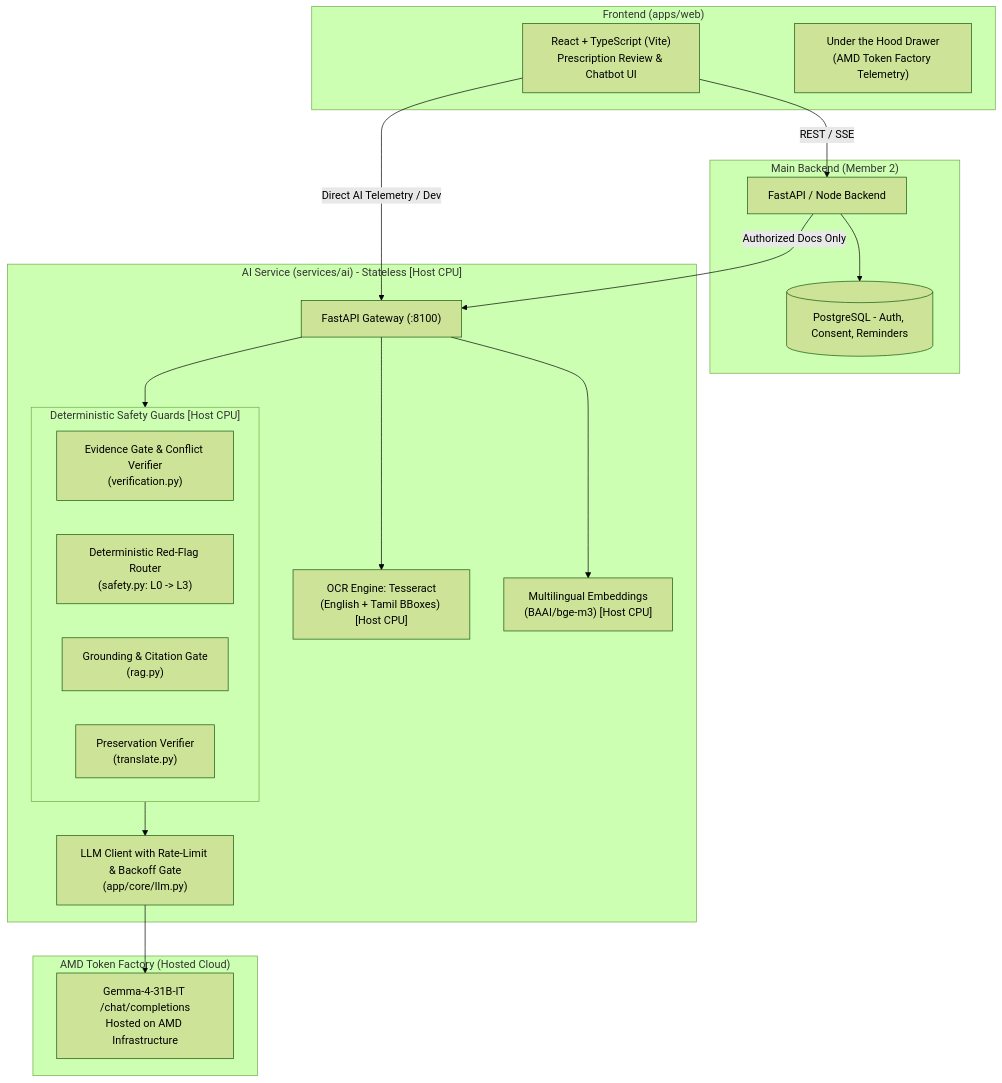
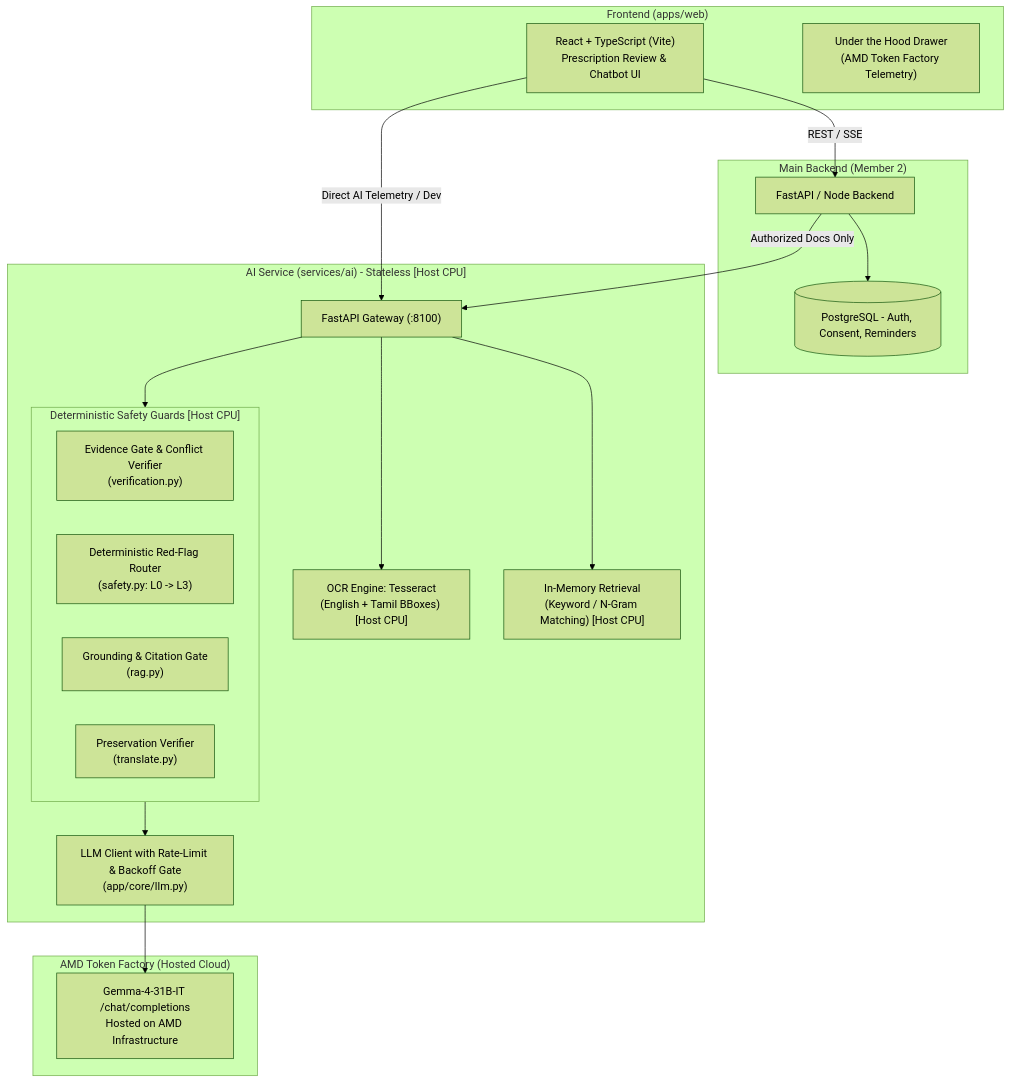
The diagram in README.md (SANDHIYAPRIYADHARSHINI/CareBridge), drawn with Mermaid (forest theme) before and after one commit. The commit also changed other lines of this file and 21 other files, not shown here.

````diff
--- a/README.md
+++ b/README.md
@@ -15,42 +15,42 @@
 ```mermaid
 flowchart TD
     subgraph Client["Frontend (apps/web)"]
         UI["React + TypeScript (Vite)\nPrescription Review & Chatbot UI"]
         AmdPanel["Under the Hood Drawer\n(AMD Token Factory Telemetry)"]
     end
 
     subgraph Backend["Main Backend (Member 2)"]
         API["FastAPI / Node Backend"]
         DB[(PostgreSQL - Auth, Consent, Reminders)]
     end
 
     subgraph AIService["AI Service (services/ai) - Stateless [Host CPU]"]
         Gateway["FastAPI Gateway (:8100)"]
         OCR["OCR Engine: Tesseract\n(English + Tamil BBoxes) [Host CPU]"]
-        Embeddings["Multilingual Embeddings\n(BAAI/bge-m3) [Host CPU]"]
+        Embeddings["In-Memory Retrieval\n(Keyword / N-Gram Matching) [Host CPU]"]
         
         subgraph SafetyGuards["Deterministic Safety Guards [Host CPU]"]
             EvidenceGate["Evidence Gate & Conflict Verifier\n(verification.py)"]
             RedFlag["Deterministic Red-Flag Router\n(safety.py: L0 -> L3)"]
             GroundingGate["Grounding & Citation Gate\n(rag.py)"]
             TranslationCheck["Preservation Verifier\n(translate.py)"]
         end
 
         LLMClientCore["LLM Client with Rate-Limit & Backoff Gate\n(app/core/llm.py)"]
     end
 
     subgraph AMDCloud["AMD Token Factory (Hosted Cloud)"]
         TokenFactory["Gemma-4-31B-IT /chat/completions\nHosted on AMD Infrastructure"]
     end
 
     UI -->|REST / SSE| API
     UI -->|Direct AI Telemetry / Dev| Gateway
     API -->|Authorized Docs Only| Gateway
     API --> DB
 
     Gateway --> OCR
     Gateway --> Embeddings
     Gateway --> SafetyGuards
     SafetyGuards --> LLMClientCore
     LLMClientCore --> TokenFactory
 ```
````
